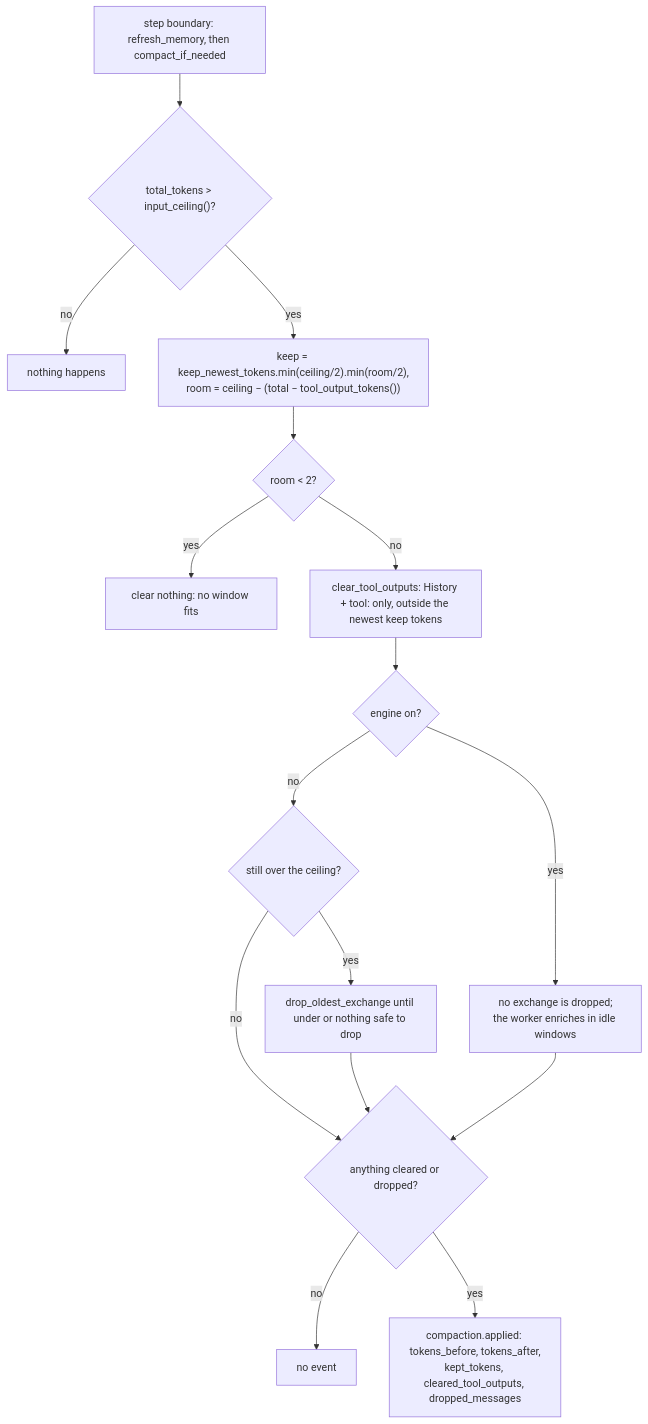
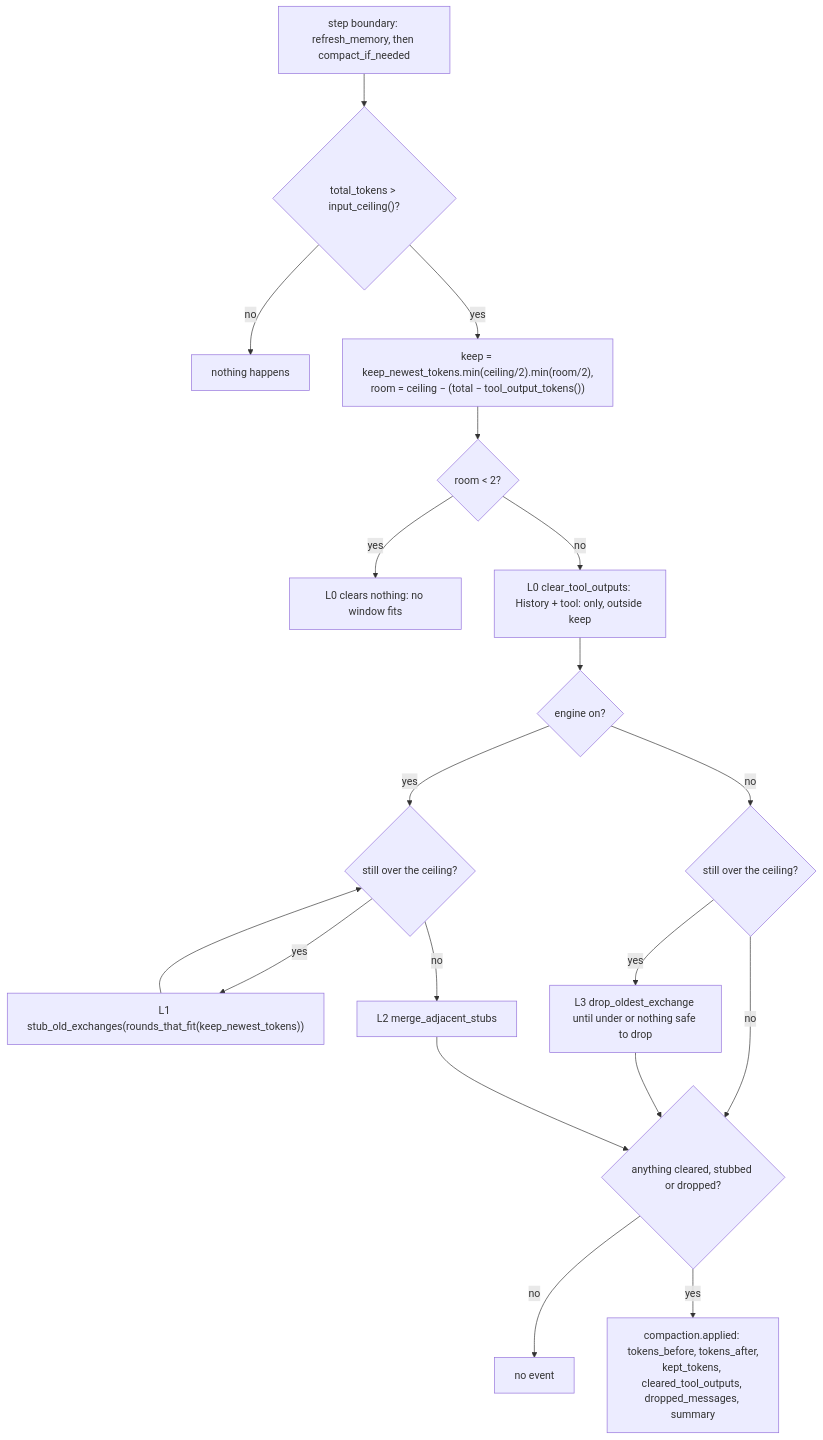
One commit to fengchangfight/loongagent changed the diagram in docs/design/flows/context-compaction.md. Above: the diagram before and after it, drawn with Mermaid. The commit also changed other lines of this file and 9 other files, not shown here.

````diff
--- a/docs/design/flows/context-compaction.md
+++ b/docs/design/flows/context-compaction.md
@@ -98,18 +131,21 @@
 ```mermaid
 flowchart TD
     A["step boundary: refresh_memory, then compact_if_needed"] --> B{"total_tokens > input_ceiling()?"}
     B -- no --> Z["nothing happens"]
     B -- yes --> K["keep = keep_newest_tokens.min(ceiling/2).min(room/2),<br/>room = ceiling − (total − tool_output_tokens())"]
     K --> N{"room < 2?"}
-    N -- yes --> Z3["clear nothing: no window fits"]
-    N -- no --> C["clear_tool_outputs: History + tool: only, outside the newest keep tokens"]
+    N -- yes --> Z3["L0 clears nothing: no window fits"]
+    N -- no --> C["L0 clear_tool_outputs: History + tool: only, outside keep"]
     C --> D{"engine on?"}
-    D -- yes --> Y["no exchange is dropped;<br/>the worker enriches in idle windows"]
+    D -- yes --> S{"still over the ceiling?"}
+    S -- yes --> ST["L1 stub_old_exchanges(rounds_that_fit(keep_newest_tokens))"]
+    ST --> S
+    S -- no --> MG["L2 merge_adjacent_stubs"]
     D -- no --> E{"still over the ceiling?"}
-    E -- yes --> F["drop_oldest_exchange until under or nothing safe to drop"]
-    E -- no --> CHG{"anything cleared or dropped?"}
+    E -- yes --> F["L3 drop_oldest_exchange until under or nothing safe to drop"]
+    E -- no --> CHG{"anything cleared, stubbed or dropped?"}
     F --> CHG
-    Y --> CHG
+    MG --> CHG
     CHG -- no --> Z2["no event"]
-    CHG -- yes --> EV["compaction.applied: tokens_before, tokens_after,<br/>kept_tokens, cleared_tool_outputs, dropped_messages"]
+    CHG -- yes --> EV["compaction.applied: tokens_before, tokens_after,<br/>kept_tokens, cleared_tool_outputs, dropped_messages, summary"]
 ```
````
